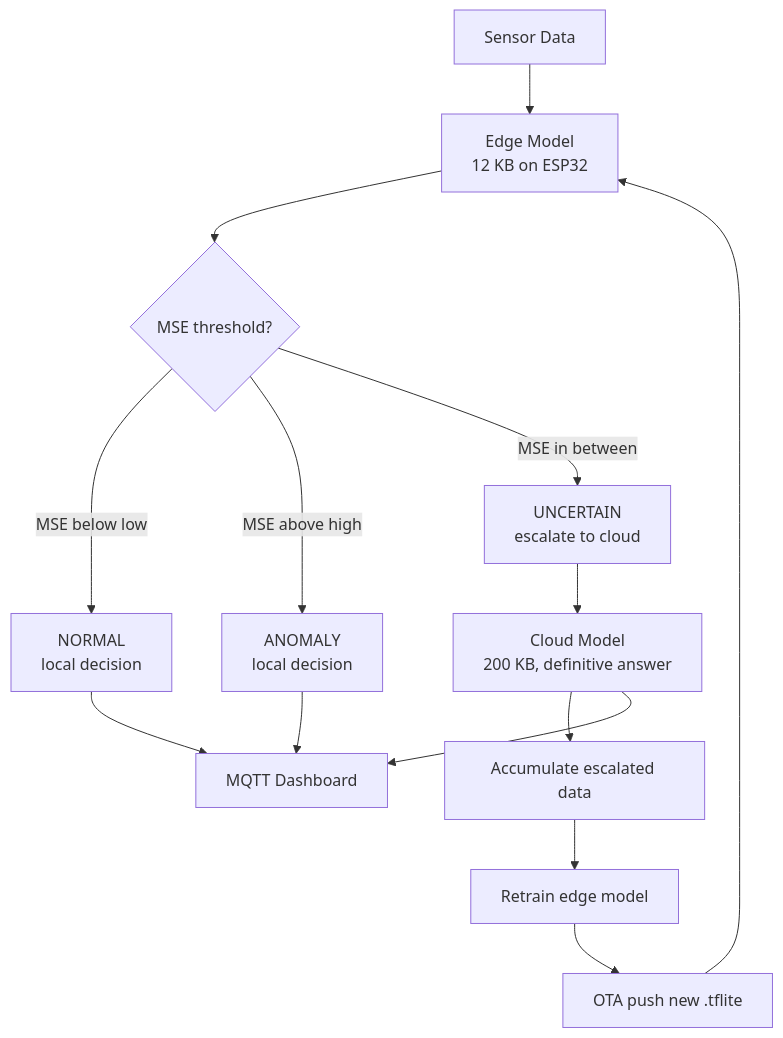
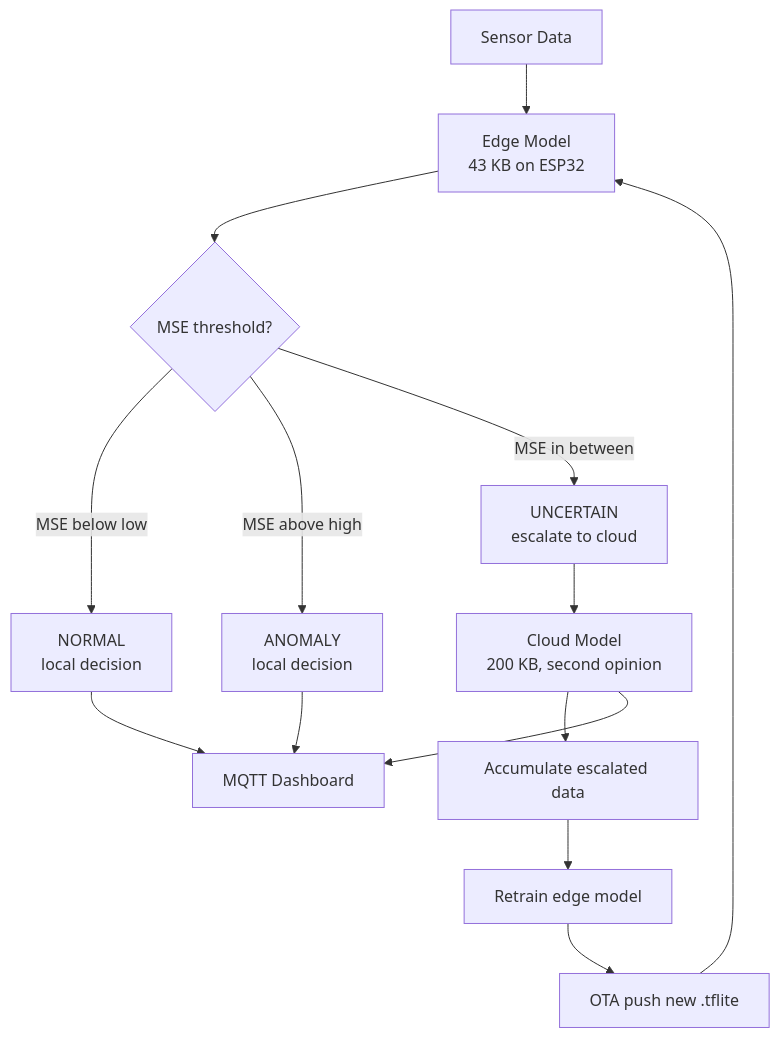
One commit to SiliconWit/edge-ai-tinyml changed the diagram in edge-cloud-hybrid-architecture.mdx. Above: the diagram before and after it, drawn with Mermaid. The commit also changed other lines of this file and 9 other files, not shown here.

````diff
--- a/edge-cloud-hybrid-architecture.mdx
+++ b/edge-cloud-hybrid-architecture.mdx
@@ -114,16 +62,16 @@
 ```mermaid
 flowchart TD
-    A[Sensor Data] --> B[Edge Model\n12 KB on ESP32]
+    A[Sensor Data] --> B[Edge Model\n43 KB on ESP32]
     B --> C{MSE threshold?}
     C -- MSE below low --> D[NORMAL\nlocal decision]
     C -- MSE above high --> E[ANOMALY\nlocal decision]
     C -- MSE in between --> F[UNCERTAIN\nescalate to cloud]
-    F --> G[Cloud Model\n200 KB, definitive answer]
+    F --> G[Cloud Model\n200 KB, second opinion]
     G --> H[Accumulate escalated data]
     H --> I[Retrain edge model]
     I --> J[OTA push new .tflite]
     J --> B
     D --> K[MQTT Dashboard]
     E --> K
     G --> K
 ```
````
